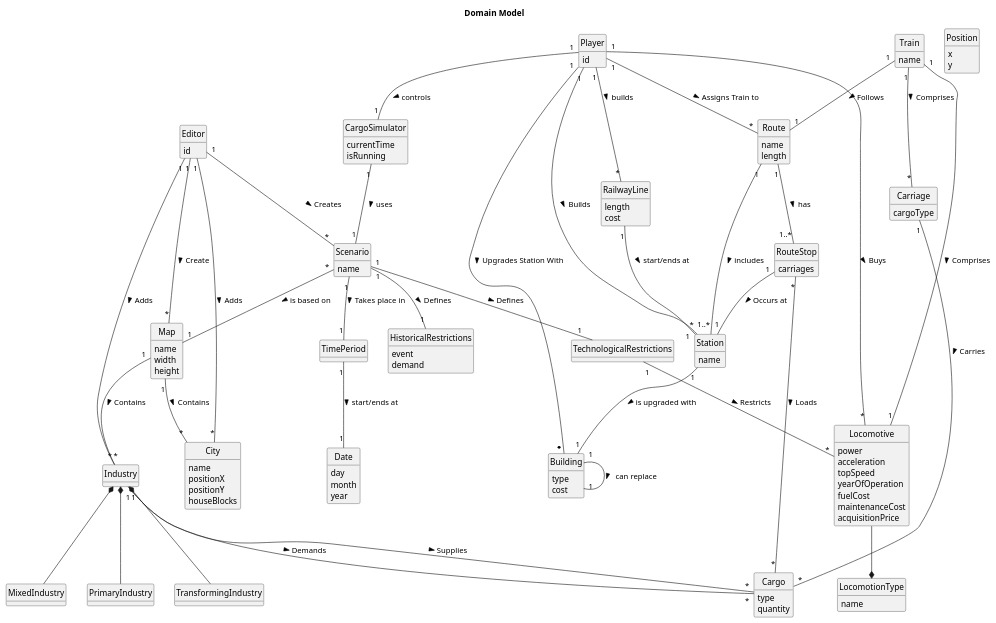
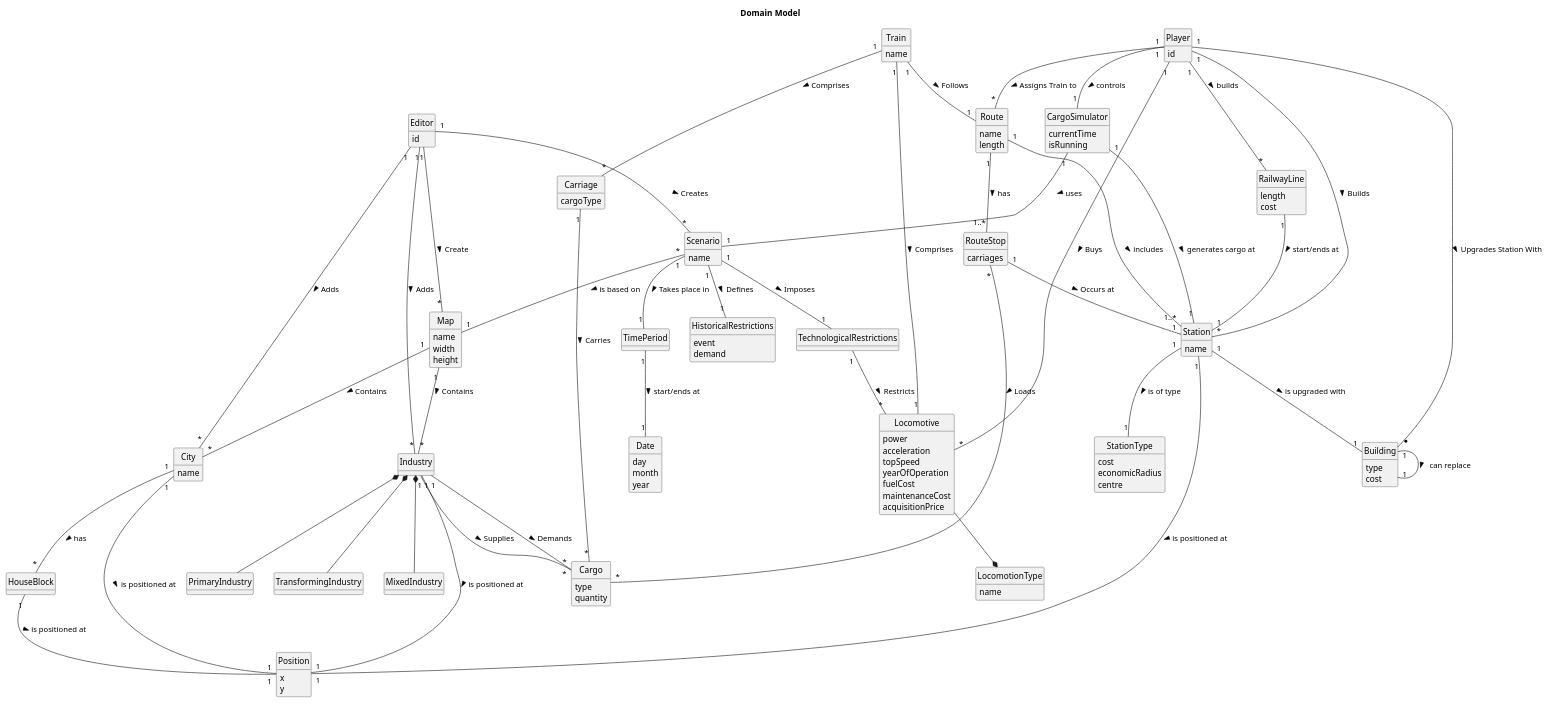
One commit to bruno-monteiro5/sem2-pi-24.25-g132-repo changed the diagram in docs/system-documentation/global-artifacts/02.analysis/puml/DM.puml. Above: the diagram before and after it, drawn with PlantUML.

Commit message:
Another Domain model update (not finished)

```diff
--- a/docs/system-documentation/global-artifacts/02.analysis/puml/DM.puml
+++ b/docs/system-documentation/global-artifacts/02.analysis/puml/DM.puml
@@ -1,181 +1,193 @@
 @startuml
 skinparam monochrome true
 skinparam packageStyle rectangle
 skinparam shadowing false
 'skinparam linetype ortho
 'left to right direction
 skinparam classAttributeIconSize 0
 hide circle
 hide methods
 title Domain Model
 
 class Editor {
 id
 }
 
 class Map {
 name
 width
 height
  }
 
 class Scenario {
 name
 }
 
 class TimePeriod
 
 class Date {
 day
 month
 year
 }
 
 class CargoSimulator {
   currentTime
   isRunning
 }
 
 class TechnologicalRestrictions
 
 class HistoricalRestrictions {
 event
 demand
 }
 
 class City {
 name
-positionX
-positionY
-houseBlocks
 }
+
+class HouseBlock
 
 class Industry {
 }
 
 class PrimaryIndustry
 
 class TransformingIndustry
 
 class MixedIndustry
 
 class Player {
 id
 }
 
 class RailwayLine{
 length
 cost
 }
 
 
 class Station {
     name
+}
 
+class StationType {
+cost
+economicRadius
+centre
 }
 
 class Train {
 name
 }
 
 class Locomotive {
 power
 acceleration
 topSpeed
 yearOfOperation
 fuelCost
 maintenanceCost
 acquisitionPrice
 }
 
 class LocomotionType{
 name
 }
 
 class Route {
 name
 length
 }
 
 class RouteStop {
 carriages
 }
 
 class Cargo {
 type
 quantity
 }
 
 class Carriage {
 cargoType
 }
 
 class Building {
 type
 cost
 }
 
 class Position {
 x
 y
 }
 
 
 
 
 Editor "1" -- "*" Map : Create >
 Editor "1" -- "*" Industry : Adds >
 Editor "1" -- "*" City : Adds >
 Editor "1" -- "*" Scenario : Creates >
 
 Map "1" -- "*" Industry : Contains >
 Map "1" -- "*" City : Contains >
 
-Scenario "1" -- "1" TechnologicalRestrictions : Defines >
+Scenario "1" -- "1" TechnologicalRestrictions : Imposes >
 Scenario "1" -- "1" HistoricalRestrictions : Defines >
 Scenario "*" -- "1" Map: is based on >
 Scenario "1" -- "1" TimePeriod: Takes place in >
 
 Industry *-- PrimaryIndustry
 
 Industry *-- TransformingIndustry
 Industry *-- MixedIndustry
 Industry "1" -- "*" Cargo : Demands >
 Industry "1" -- "*" Cargo : Supplies >
+Industry "1" -- "1" Position : is positioned at >
 
 Player "1" -- "*" Station : Builds >
 Player "1" -- "*" Locomotive : Buys >
 Player "1" -- "*  "  Building : Upgrades Station With >
 Player "1" -- "*" Route : Assigns Train to >
 Player "1" -- "1" CargoSimulator : controls >
 Player "1" -- "*" RailwayLine : builds >
 
 CargoSimulator "1" -- "1" Scenario : uses >
+CargoSimulator "1" -- "1" Station : generates cargo at >
 
+City "1" -- "1" Position : is positioned at >
+City "1" -- "*" HouseBlock : has >
+
+HouseBlock "1" -- "1" Position : is positioned at >
 
 Train "1" -- "1" Locomotive : Comprises >
 Train "1" -- "*" Carriage : Comprises >
 Train "1" -- "1" Route : Follows >
 
 Carriage "1" -- "*" Cargo : Carries >
 
 Route "1" -- "1..*" RouteStop : has >
 Route "1" -- "1..*" Station : includes >
 
 RouteStop "1" -- "1" Station : Occurs at >
 RouteStop "*" -- "*" Cargo : Loads >
 
 Station "1" -- "1" Building : is upgraded with >
+Station "1" -- "1" Position : is positioned at >
+Station "1" -- "1" StationType : is of type >
 
 TechnologicalRestrictions "1" -- "*" Locomotive : Restricts >
 
 Locomotive --* LocomotionType
 
 TimePeriod "1" -- "1" Date: start/ends at >
 
 RailwayLine "1" -- "1" Station : start/ends at >
 
 Building "1" -- "1" Building : can replace >
 
 
 @enduml
```
